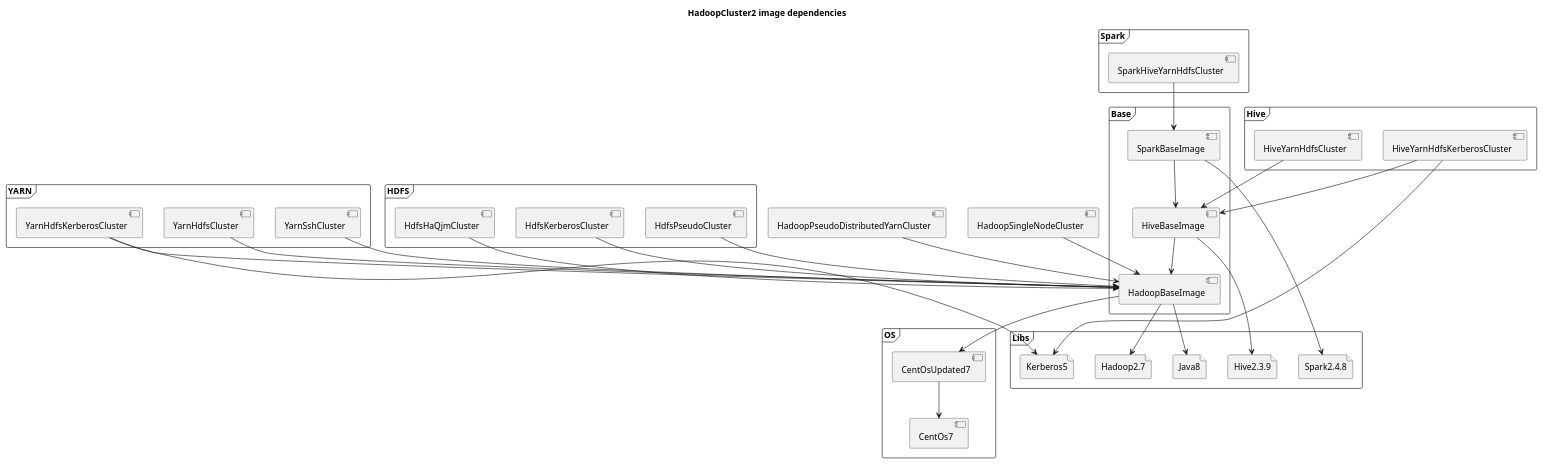
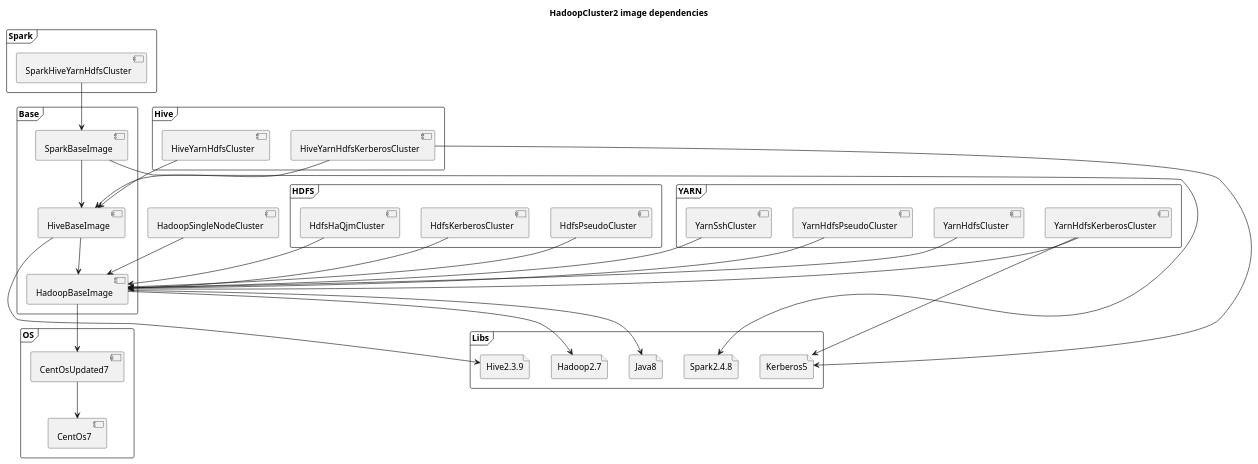
The diagram in Building+/Docker+/DockerImage+/Application+/Hadoop+/Hadoop2+/dependecies.puml (Aleks-Ya/yaal_examples), drawn with PlantUML before and after one commit. The commit also changed 11 other files, not shown here.

Commit message:
Docker: Hadoop: rename "HadoopPseudoDistributedYarnCluster" to "YarnHdfsPseudoCluster"

```diff
--- a/Building+/Docker+/DockerImage+/Application+/Hadoop+/Hadoop2+/dependecies.puml
+++ b/Building+/Docker+/DockerImage+/Application+/Hadoop+/Hadoop2+/dependecies.puml
@@ -1,64 +1,63 @@
 @startuml
 'https://plantuml.com/component-diagram
 
 title "HadoopCluster2 image dependencies"
 
 frame OS {
     component CentOs7
     component CentOsUpdated7
+    CentOsUpdated7 --> CentOs7
 }
 frame Libs {
     file Hadoop2.7
     file Java8
     file Hive2.3.9
     file Spark2.4.8
     file Kerberos5
 }
 frame Base {
     component HadoopBaseImage
     component HiveBaseImage
     component SparkBaseImage
     HadoopBaseImage --> CentOsUpdated7
     HadoopBaseImage --> Hadoop2.7
     HadoopBaseImage --> Java8
     HiveBaseImage --> HadoopBaseImage
     HiveBaseImage --> Hive2.3.9
 }
-component HadoopPseudoDistributedYarnCluster
 component HadoopSingleNodeCluster
 frame HDFS {
     component HdfsKerberosCluster
     component HdfsHaQjmCluster
     component HdfsPseudoCluster
     HdfsKerberosCluster --> HadoopBaseImage
     HdfsHaQjmCluster --> HadoopBaseImage
     HdfsPseudoCluster --> HadoopBaseImage
 }
 frame YARN {
     component YarnHdfsCluster
     component YarnHdfsKerberosCluster
     component YarnSshCluster
+    component YarnHdfsPseudoCluster
     YarnHdfsCluster --> HadoopBaseImage
     YarnHdfsKerberosCluster --> HadoopBaseImage
     YarnHdfsKerberosCluster --> Kerberos5
     YarnSshCluster --> HadoopBaseImage
+    YarnHdfsPseudoCluster --> HadoopBaseImage
 }
 frame Hive {
     component HiveYarnHdfsCluster
     component HiveYarnHdfsKerberosCluster
     HiveYarnHdfsKerberosCluster --> HiveBaseImage
     HiveYarnHdfsKerberosCluster --> Kerberos5
     HiveYarnHdfsCluster --> HiveBaseImage
 }
 frame Spark {
     component SparkHiveYarnHdfsCluster
     SparkBaseImage --> HiveBaseImage
     SparkBaseImage --> Spark2.4.8
     SparkHiveYarnHdfsCluster --> SparkBaseImage
 }
-
-CentOsUpdated7 --> CentOs7
-HadoopPseudoDistributedYarnCluster --> HadoopBaseImage
 HadoopSingleNodeCluster --> HadoopBaseImage
 
 @enduml
```
